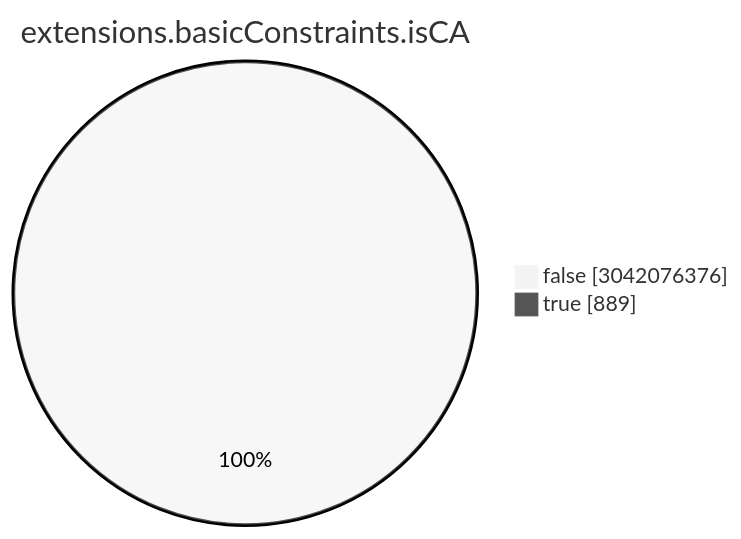
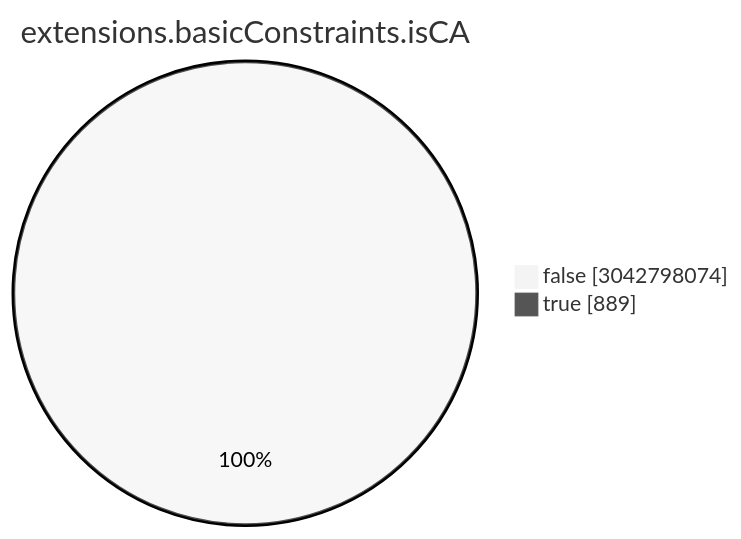
The seventh of 15 diagrams in TOTAL/README.md (christiankrug/ctmonitor_visualization), drawn with Mermaid (neutral theme) before and after one commit. The commit also changed other lines of this file, not shown here.

````diff
--- a/TOTAL/README.md
+++ b/TOTAL/README.md
@@ -3086,6 +3086,6 @@
 ```mermaid
 pie showData
 title extensions.basicConstraints.isCA
-"false" :3042076376
+"false" :3042798074
 "true" :889
 ```
````
